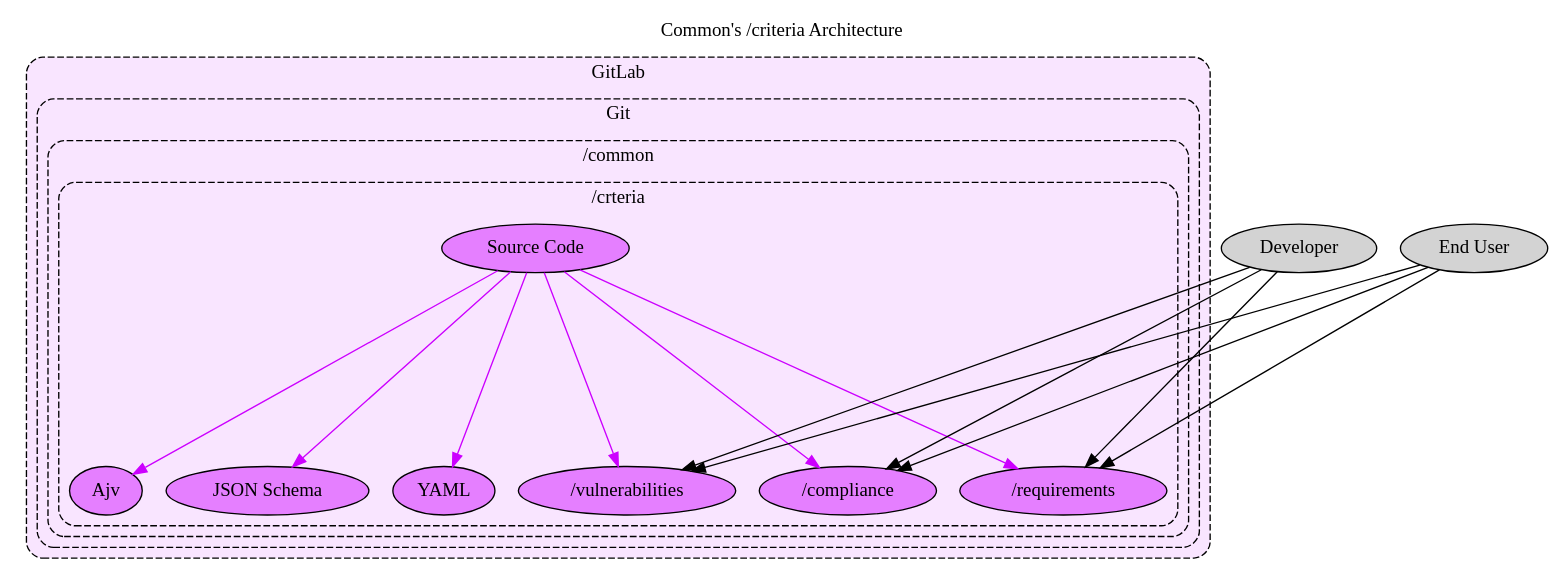
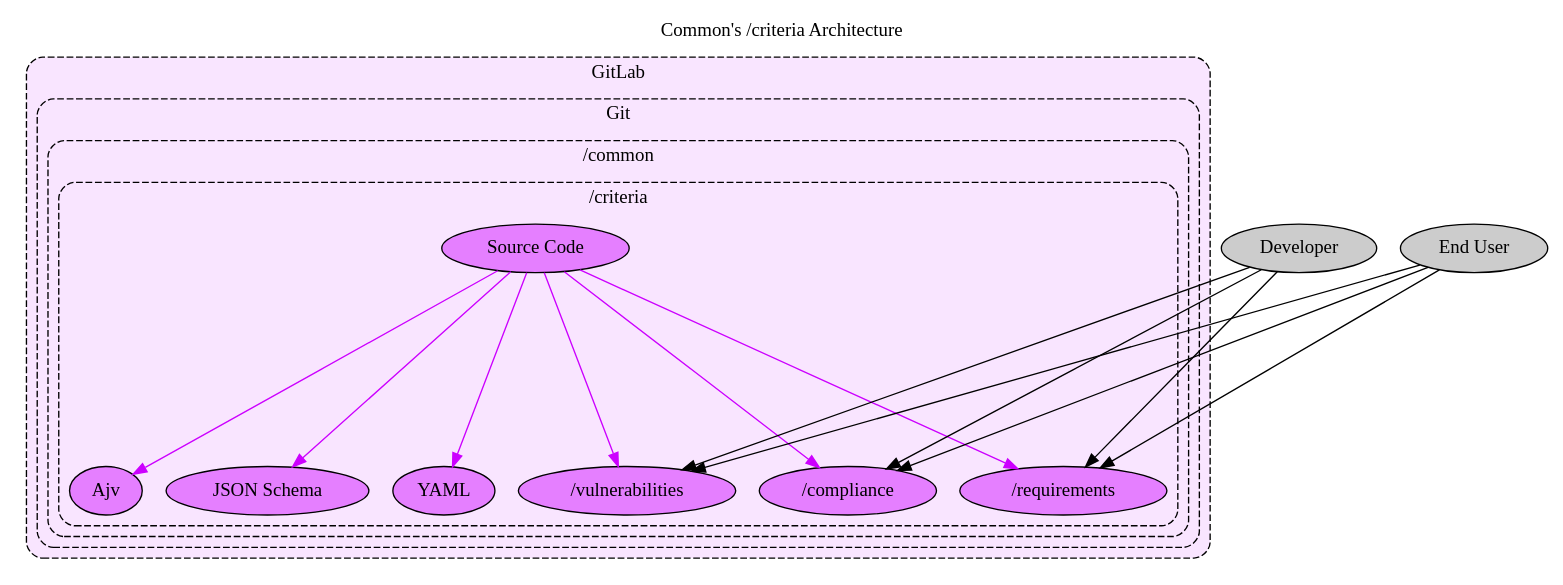
The diagram in docs/src/docs/development/products/common/common-criteria-arch.dot (jeanbaptistemora/fluidattacks-universe2), drawn with Graphviz before and after one commit. The commit also changed 11 other files, not shown here.

```diff
--- a/docs/src/docs/development/products/common/common-criteria-arch.dot
+++ b/docs/src/docs/development/products/common/common-criteria-arch.dot
@@ -1,62 +1,62 @@
 // SPDX-FileCopyrightText: 2022 Fluid Attacks <development@fluidattacks.com>
 //
 // SPDX-License-Identifier: MPL-2.0
 
 digraph common {
   label="Common's /criteria Architecture"
   labelloc="t"
   compound="true"
   concentrate="true"
   layout="dot"
   scale="scalexy"
   ranksep="2.0"
 
   node[style="filled"]
   graph[style="dashed,rounded"]
 
   subgraph cluster_gitlab {
     label="GitLab"
     bgcolor="0.8 0.1 1.0"
     node[fillcolor="0.8 0.5 1.0"]
 
     subgraph cluster_gitlab_git {
       label="Git"
 
       subgraph cluster_gitlab_git_common {
         label="/common"
 
         subgraph cluster_gitlab_git_common_criteria {
-          label="/crteria"
+          label="/criteria"
 
           gitlab_git_common_criteria[label="Source Code"]
           gitlab_git_common_criteria_ajv[label="Ajv"]
           gitlab_git_common_criteria_compliance[label="/compliance"]
           gitlab_git_common_criteria_requirements[label="/requirements"]
           gitlab_git_common_criteria_vulnerabilities[label="/vulnerabilities"]
           gitlab_git_common_criteria_json_schema[label="JSON Schema"]
           gitlab_git_common_criteria_yaml[label="YAML"]
         }
       }
     }
   }
 
   edge[color="0.8 1.0 1.0"]
   gitlab_git_common_criteria -> gitlab_git_common_criteria_compliance[]
   gitlab_git_common_criteria -> gitlab_git_common_criteria_requirements[]
   gitlab_git_common_criteria -> gitlab_git_common_criteria_vulnerabilities[]
   gitlab_git_common_criteria -> gitlab_git_common_criteria_ajv[]
   gitlab_git_common_criteria -> gitlab_git_common_criteria_json_schema[]
   gitlab_git_common_criteria -> gitlab_git_common_criteria_yaml[]
 
-  node[fillcolor="/x11/lightgray"]
+  node[fillcolor="0.0 0.0 0.8"]
   developer[label="Developer"]
   end_user[label="End User"]
 
-  edge[color="/x11/black"]
+  edge[color="0.0 0.0 0.0"]
   developer -> gitlab_git_common_criteria_compliance[]
   developer -> gitlab_git_common_criteria_requirements[]
   developer -> gitlab_git_common_criteria_vulnerabilities[]
   end_user -> gitlab_git_common_criteria_compliance[]
   end_user -> gitlab_git_common_criteria_requirements[]
   end_user -> gitlab_git_common_criteria_vulnerabilities[]
 }
```
